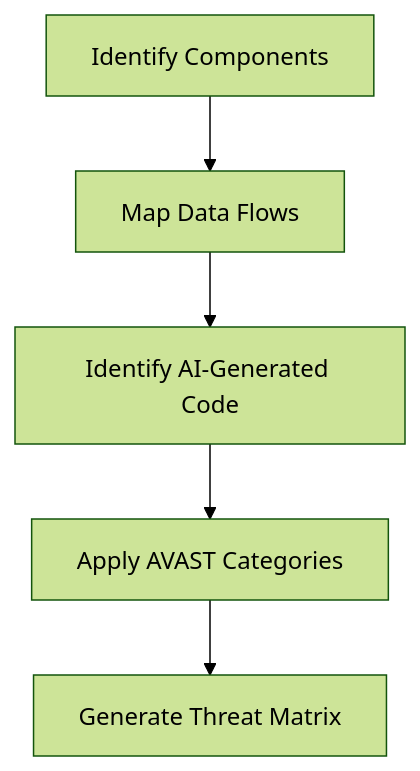
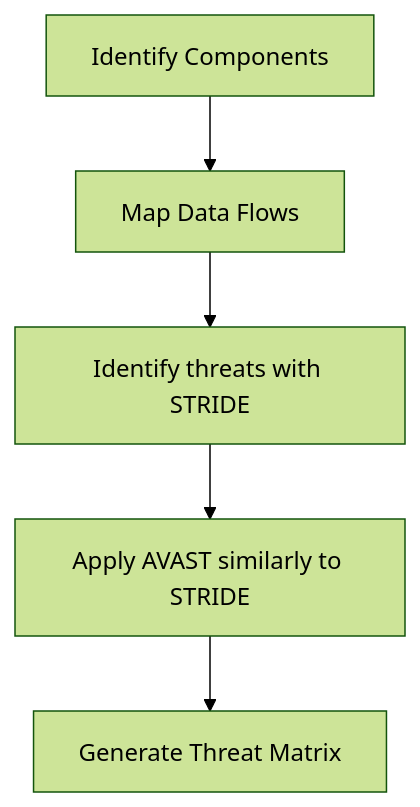
Before and after one commit to CEA-Brad/avast-toolkit: the diagram in AVAST-Framework.md, drawn with Mermaid (forest theme).

````diff
--- a/AVAST-Framework.md
+++ b/AVAST-Framework.md
@@ -267,7 +267,7 @@
 ```mermaid
 graph TD
     A[Identify Components] --> B[Map Data Flows]
-    B --> C[Identify AI-Generated Code]
-    C --> D[Apply AVAST Categories]
+    B --> C[Identify threats with STRIDE]
+    C --> D[Apply AVAST similarly to STRIDE]
     D --> E[Generate Threat Matrix]
 ```
````
